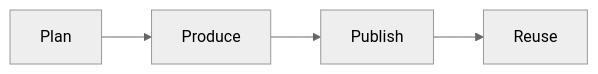
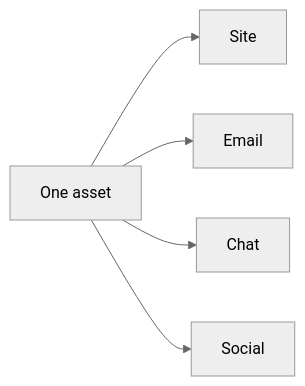
Before and after one commit to redrhino-online/red-canon: the second of 6 diagrams in docs/method/develop-audience.md, drawn with Mermaid (neutral theme). The commit also changed other lines of this file and 3 other files, not shown here.

````diff
--- a/docs/method/develop-audience.md
+++ b/docs/method/develop-audience.md
@@ -24,4 +25,7 @@
 ```mermaid
 flowchart LR
-    A[Plan] --> B[Produce] --> C[Publish] --> D[Reuse]
+    A[One asset] --> B[Site]
+    A --> C[Email]
+    A --> D[Chat]
+    A --> E[Social]
 ```
````
